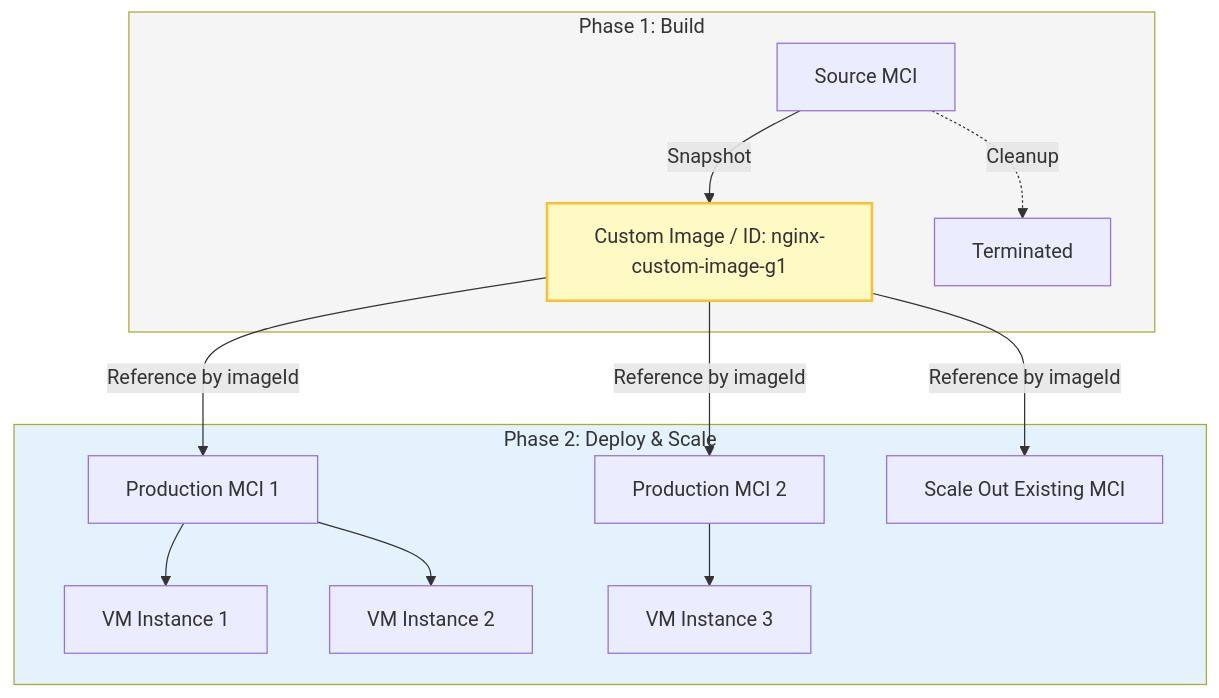
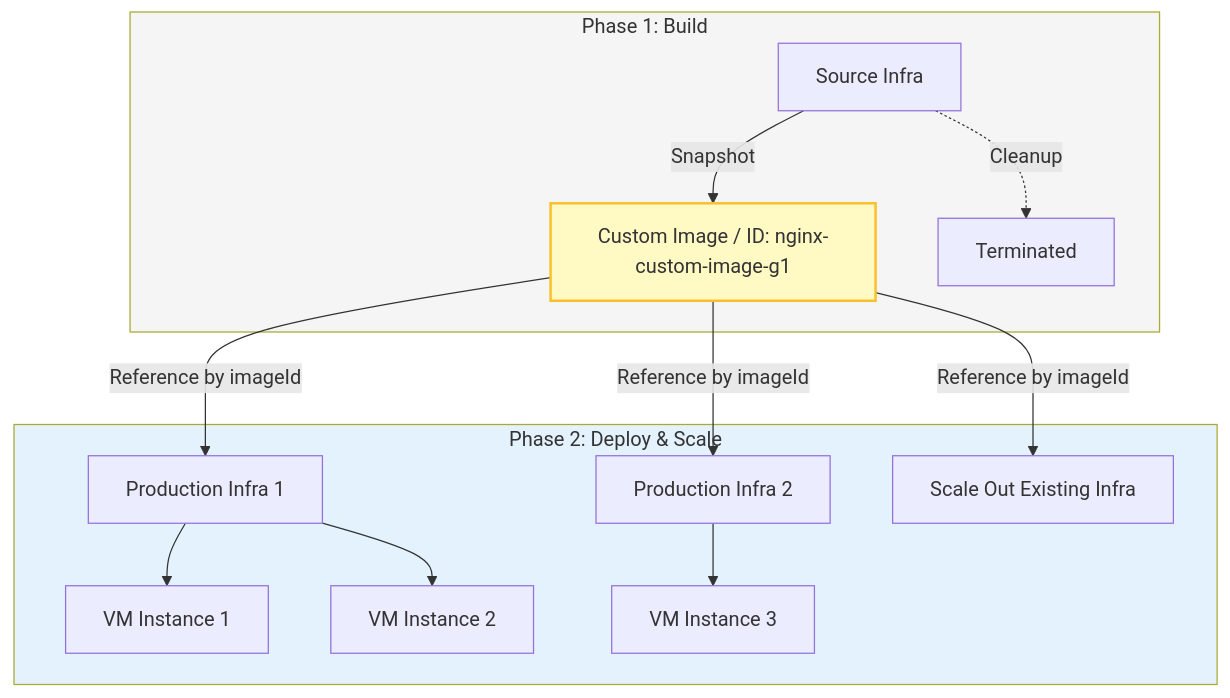
The fourth of 4 diagrams in docs/feature_guide/cloud-agnostic-image.md (cloud-barista/cb-tumblebug), drawn with Mermaid before and after one commit. The commit also changed other lines of this file and 197 other files, not shown here.

````diff
--- a/docs/feature_guide/cloud-agnostic-image.md
+++ b/docs/feature_guide/cloud-agnostic-image.md
@@ -214,21 +214,21 @@
 ```mermaid
 flowchart TD
     subgraph BuildPhase [Phase 1: Build]
-        SourceMCI[Source MCI] -->|Snapshot| CustomImg[Custom Image / ID: nginx-custom-image-g1]
-        SourceMCI -.->|Cleanup| Terminated[Terminated]
+        SourceInfra[Source Infra] -->|Snapshot| CustomImg[Custom Image / ID: nginx-custom-image-g1]
+        SourceInfra -.->|Cleanup| Terminated[Terminated]
     end
 
     subgraph DeployPhase [Phase 2: Deploy & Scale]
-        CustomImg -->|Reference by imageId| NewMCI1[Production MCI 1]
-        CustomImg -->|Reference by imageId| NewMCI2[Production MCI 2]
-        CustomImg -->|Reference by imageId| ScaleOut[Scale Out Existing MCI]
+        CustomImg -->|Reference by imageId| NewInfra1[Production Infra 1]
+        CustomImg -->|Reference by imageId| NewInfra2[Production Infra 2]
+        CustomImg -->|Reference by imageId| ScaleOut[Scale Out Existing Infra]
         
-        NewMCI1 --> VM1[VM Instance 1]
-        NewMCI1 --> VM2[VM Instance 2]
-        NewMCI2 --> VM3[VM Instance 3]
+        NewInfra1 --> VM1[VM Instance 1]
+        NewInfra1 --> VM2[VM Instance 2]
+        NewInfra2 --> VM3[VM Instance 3]
     end
     
     style CustomImg fill:#fff9c4,stroke:#fbc02d,stroke-width:2px
     style BuildPhase fill:#f5f5f5
     style DeployPhase fill:#e3f2fd
 ```
````
